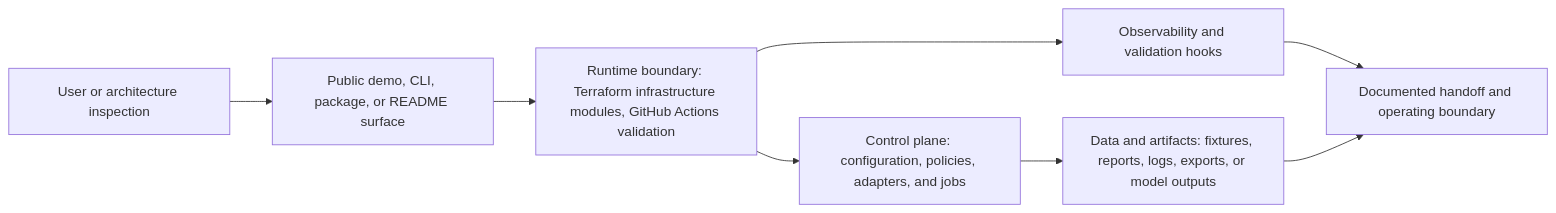
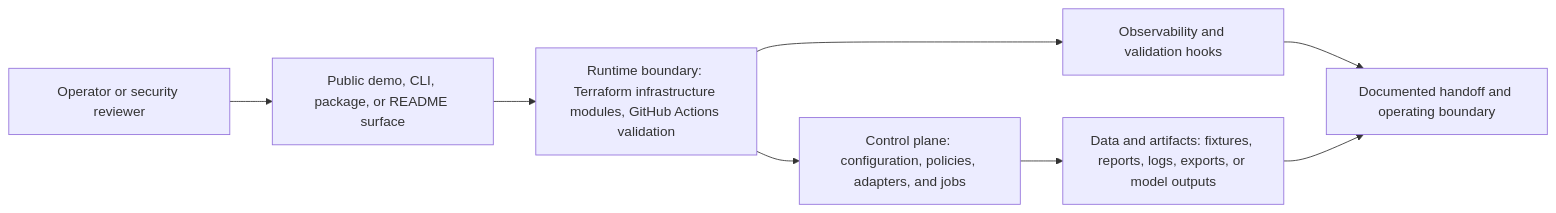
The diagram in docs/system-architecture.md (KIM3310/llm-onprem-deployment-kit), drawn with Mermaid before and after one commit. The commit also changed 30 other files, not shown here.

````diff
--- a/docs/system-architecture.md
+++ b/docs/system-architecture.md
@@ -18,10 +18,10 @@
 ```mermaid
 flowchart LR
-    User["User or architecture inspection"] --> Surface["Public demo, CLI, package, or README surface"]
+    User["Operator or security reviewer"] --> Surface["Public demo, CLI, package, or README surface"]
     Surface --> Runtime["Runtime boundary: Terraform infrastructure modules, GitHub Actions validation"]
     Runtime --> Control["Control plane: configuration, policies, adapters, and jobs"]
     Control --> Data["Data and artifacts: fixtures, reports, logs, exports, or model outputs"]
     Runtime --> Observability["Observability and validation hooks"]
     Observability --> Handoff["Documented handoff and operating boundary"]
     Data --> Handoff
 ```
````
